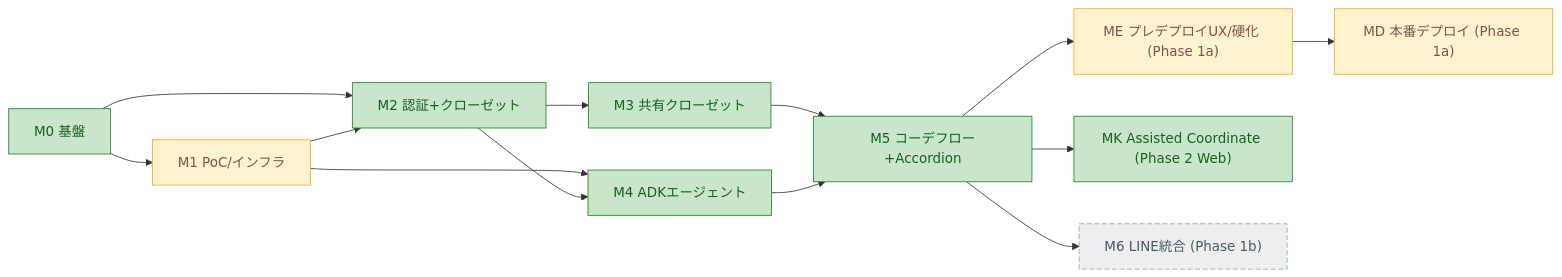
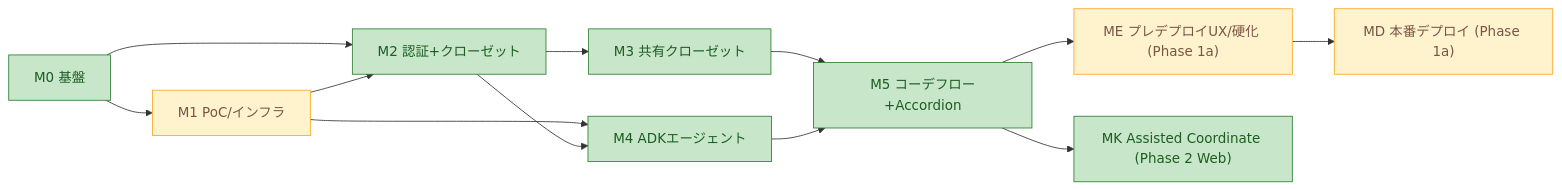
One commit to RanArino/gen-fashion changed the seventh of 7 diagrams in docs/architecture-overview.md. Above: the diagram before and after it, drawn with Mermaid. The commit also changed other lines of this file and 4 other files, not shown here.

First line of the commit message:
Update architecture and feature matrix documentation

````diff
--- a/docs/architecture-overview.md
+++ b/docs/architecture-overview.md
@@ -410,21 +376,20 @@
 ```mermaid
 flowchart LR
   M0["M0 基盤"] --> M1["M1 PoC/インフラ"]
   M0 --> M2["M2 認証+クローゼット"]
   M1 --> M2
   M2 --> M3["M3 共有クローゼット"]
   M1 --> M4["M4 ADKエージェント"]
   M2 --> M4
   M3 --> M5["M5 コーデフロー+Accordion"]
   M4 --> M5
   M5 --> ME["ME プレデプロイUX/硬化 (Phase 1a)"]
   ME --> MD["MD 本番デプロイ (Phase 1a)"]
   M5 --> MK["MK Assisted Coordinate (Phase 2 Web)"]
-  M5 --> M6["M6 LINE統合 (Phase 1b)"]
 
   classDef done fill:#c8e6c9,stroke:#2e7d32,color:#1b5e20;
   classDef wip fill:#fff3cd,stroke:#f9a825,color:#795548;
   classDef stub fill:#ffe0b2,stroke:#e65100,color:#bf360c,stroke-dasharray:5 3;
   classDef todo fill:#eceff1,stroke:#90a4ae,color:#455a64,stroke-dasharray:6 3;
-  class M0,M2,M3,M4,M5,MK done; class M1,ME,MD wip; class M6 todo;
+  class M0,M2,M3,M4,M5,MK done; class M1,ME,MD wip;
 ```
````
